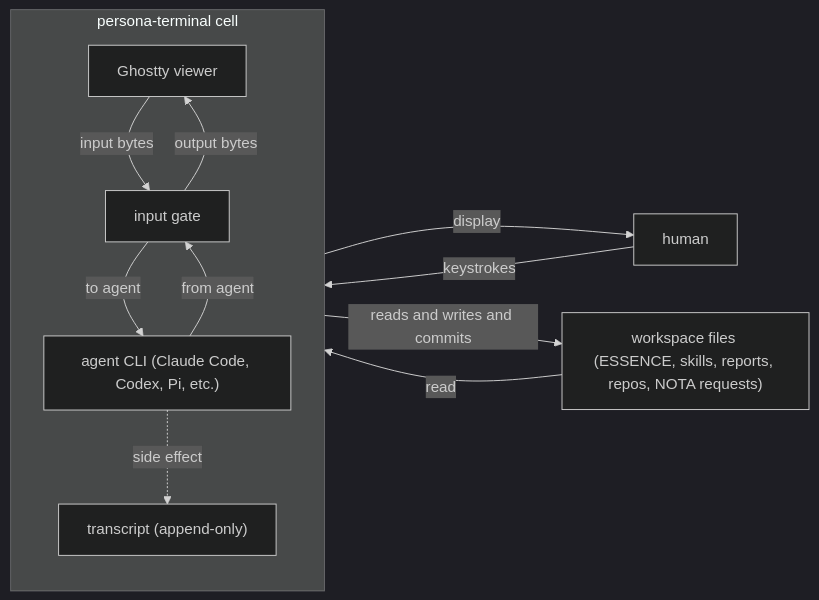
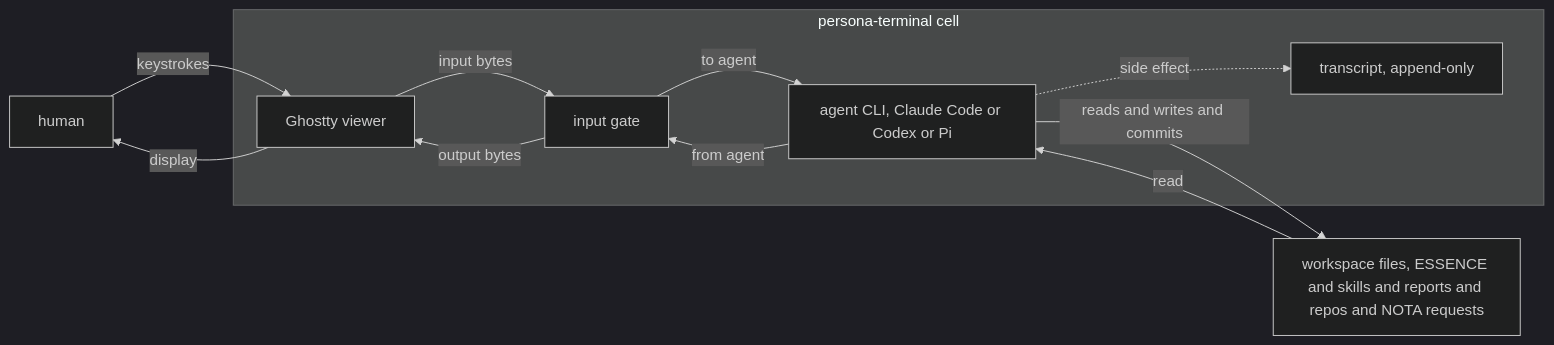
Before and after one commit to LiGoldragon/primary: the first of 18 diagrams in reports/designer/114-persona-vision-as-of-2026-05-11.md, drawn with Mermaid (dark theme). The commit also changed other lines of this file, not shown here.

Commit message:
designer/114: Mermaid 8.8 subgraph syntax fix — replace 'subgraph id["label"]' with 'subgraph id [label]' (space + unquoted), drop 'direction TB' (post-8.8)

````diff
--- a/reports/designer/114-persona-vision-as-of-2026-05-11.md
+++ b/reports/designer/114-persona-vision-as-of-2026-05-11.md
@@ -72,24 +72,23 @@
 ```mermaid
 flowchart LR
     human["human"]
 
-    subgraph cell["persona-terminal cell"]
-        direction TB
+    subgraph persona_terminal_cell [persona-terminal cell]
         viewer["Ghostty viewer"]
         gate["input gate"]
-        agent["agent CLI (Claude Code, Codex, Pi, etc.)"]
-        transcript["transcript (append-only)"]
+        agent["agent CLI, Claude Code or Codex or Pi"]
+        transcript["transcript, append-only"]
     end
 
-    workspace["workspace files (ESSENCE, skills, reports, repos, NOTA requests)"]
+    workspace["workspace files, ESSENCE and skills and reports and repos and NOTA requests"]
 
     human -->|keystrokes| viewer
     viewer -->|display| human
     viewer -->|input bytes| gate
     gate -->|output bytes| viewer
     gate -->|to agent| agent
     agent -->|from agent| gate
     agent -.->|side effect| transcript
     agent -->|reads and writes and commits| workspace
     workspace -->|read| agent
 ```
````
